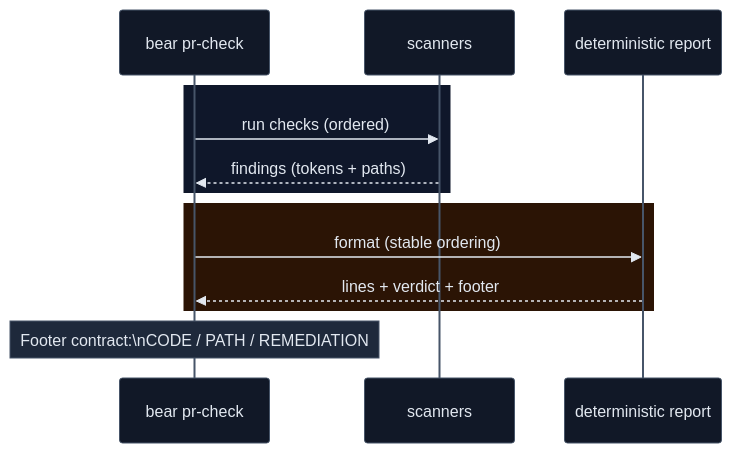
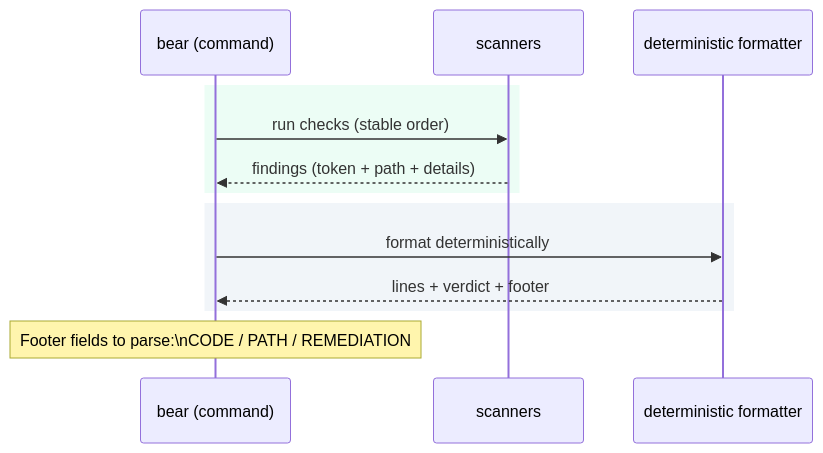
The diagram in docs/public/output-format.md (rore/bear-cli), drawn with Mermaid before and after one commit. The commit also changed other lines of this file and 3 other files, not shown here.

````diff
--- a/docs/public/output-format.md
+++ b/docs/public/output-format.md
@@ -16,34 +16,19 @@
 ```mermaid
-%%{init: {"theme":"base","themeVariables":{
-  "fontFamily":"ui-sans-serif, system-ui",
-  "lineColor":"#64748B",
-  "textColor":"#E2E8F0",
-  "background":"#0F172A",
-  "primaryColor":"#111827",
-  "primaryBorderColor":"#475569",
-  "primaryTextColor":"#E2E8F0",
-  "secondaryColor":"#0B1220",
-  "secondaryBorderColor":"#334155",
-  "tertiaryColor":"#0B1220",
-  "tertiaryBorderColor":"#334155",
-  "noteBkgColor":"#1E293B",
-  "noteBorderColor":"#475569",
-  "noteTextColor":"#E2E8F0"
-}}}%%
+%% id: bear-output-pipeline-v1
 sequenceDiagram
-  participant CLI as bear pr-check
+  participant CLI as bear (command)
   participant Scan as scanners
-  participant Report as deterministic report
+  participant Report as deterministic formatter
 
-  rect rgb(15,23,42)
-    CLI->>Scan: run checks (ordered)
-    Scan-->>CLI: findings (tokens + paths)
+  rect rgb(236,253,245)
+    CLI->>Scan: run checks (stable order)
+    Scan-->>CLI: findings (token + path + details)
   end
 
-  rect rgb(43,20,5)
-    CLI->>Report: format (stable ordering)
+  rect rgb(241,245,249)
+    CLI->>Report: format deterministically
     Report-->>CLI: lines + verdict + footer
   end
 
-  Note over CLI: Footer contract:\nCODE / PATH / REMEDIATION
+  Note over CLI: Footer fields to parse:\nCODE / PATH / REMEDIATION
 ```
````
